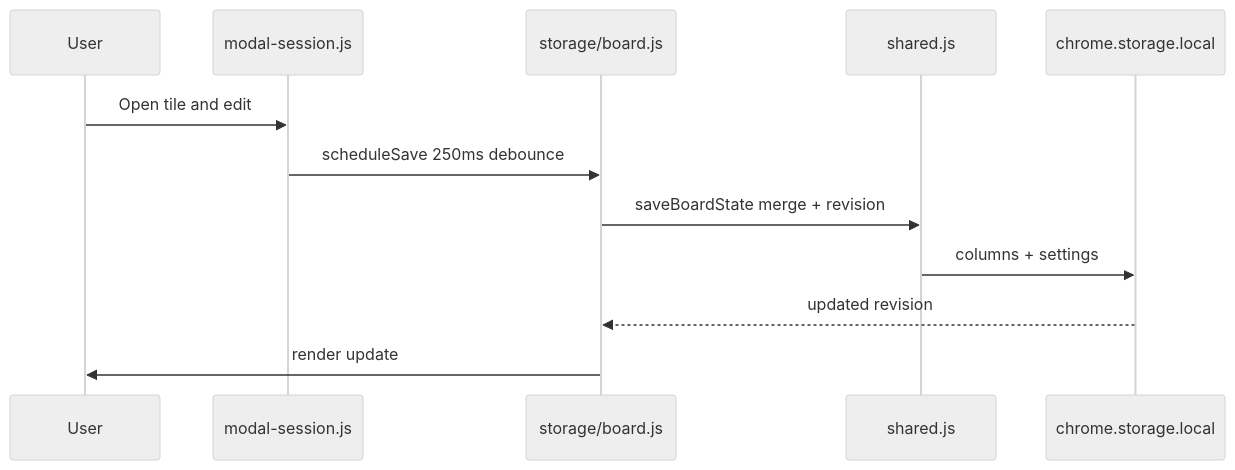
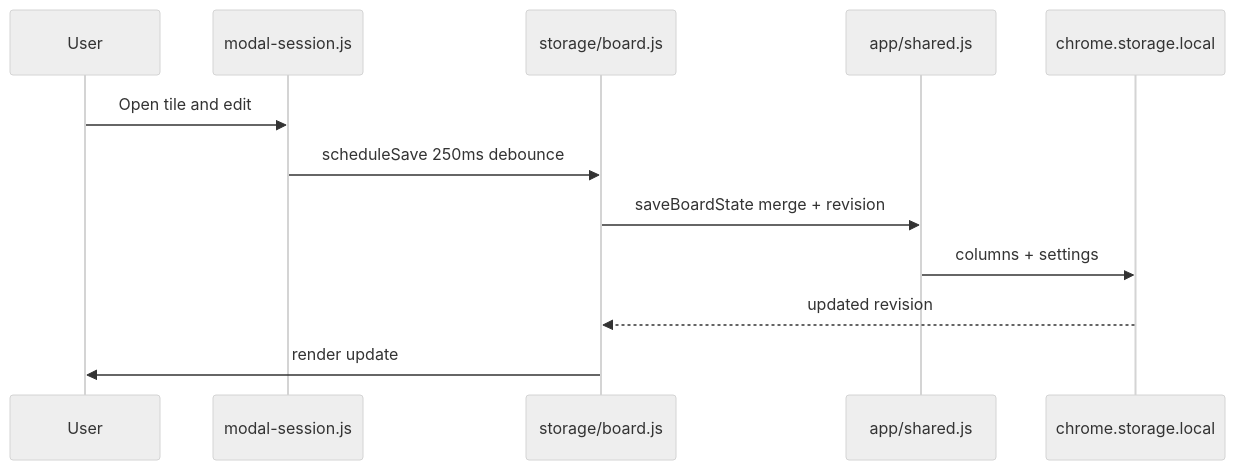
Before and after one commit to ktaishi/chrome_newtab_prompt_columns: the third of 5 diagrams in README.md, drawn with Mermaid (neutral theme). The commit also changed other lines of this file and 7 other files, not shown here.

Commit message:
Refactor shared and newtab entries into app directory.

````diff
--- a/README.md
+++ b/README.md
@@ -161,15 +161,15 @@
 ```mermaid
 sequenceDiagram
   participant User
   participant Modal as modal-session.js
   participant Board as storage/board.js
-  participant Shared as shared.js
+  participant Shared as app/shared.js
   participant Store as chrome.storage.local
 
   User->>Modal: Open tile and edit
   Modal->>Board: scheduleSave 250ms debounce
   Board->>Shared: saveBoardState merge + revision
   Shared->>Store: columns + settings
   Store-->>Board: updated revision
   Board->>User: render update
 ```
````
